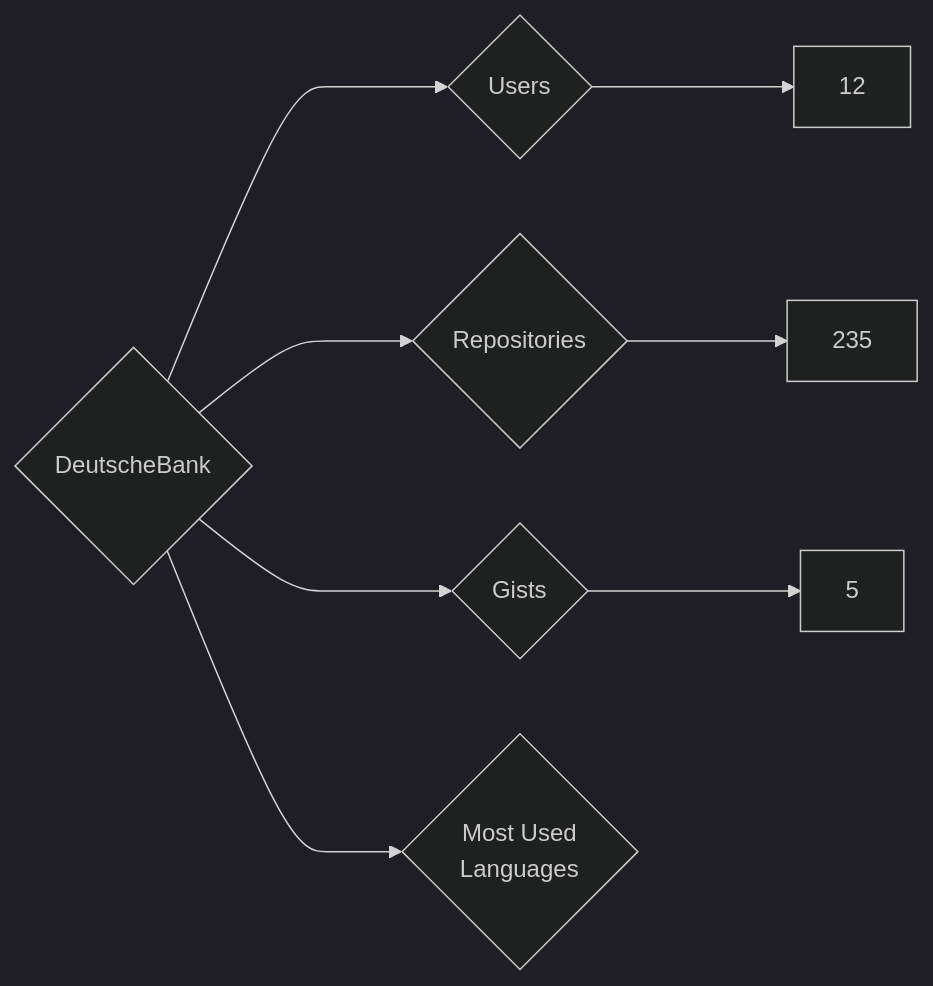
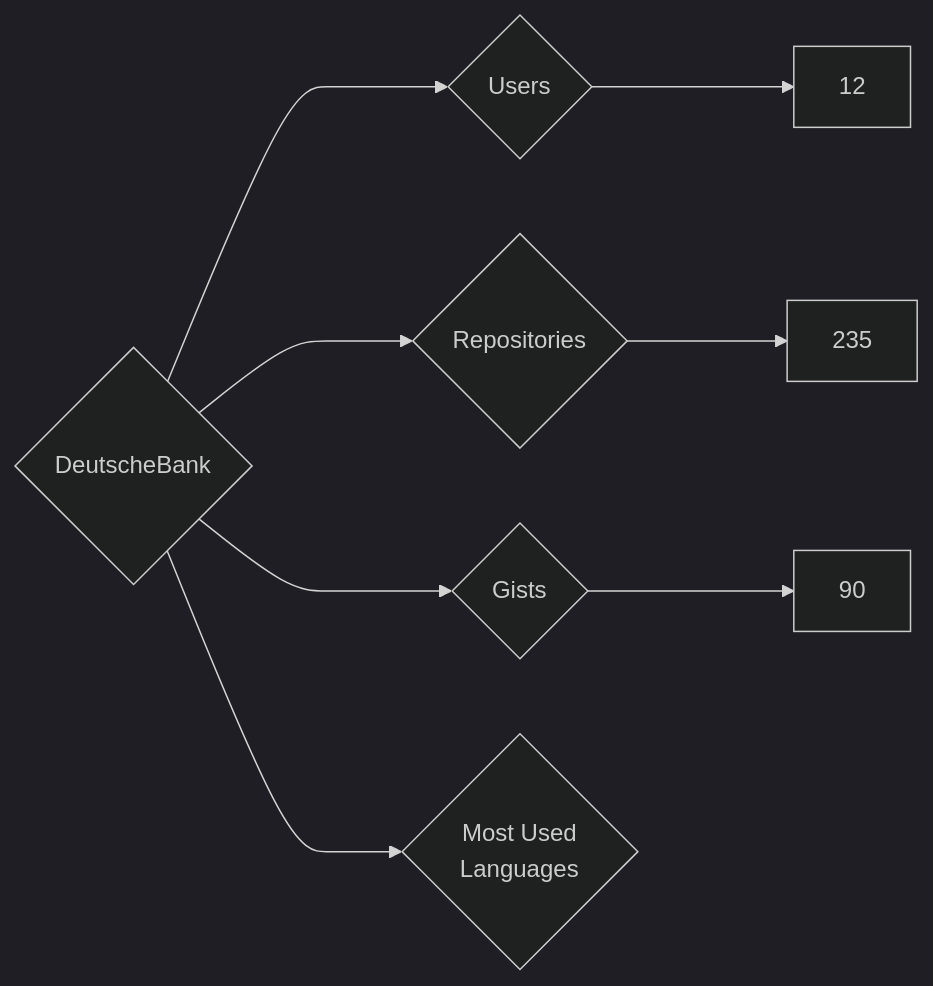
One commit to nenadzaric/insiders changed the diagram in targets/DeutscheBank/README.md. Above: the diagram before and after it, drawn with Mermaid (dark theme). The commit also changed 1342 other files, not shown here.

````diff
--- a/targets/DeutscheBank/README.md
+++ b/targets/DeutscheBank/README.md
@@ -3,8 +3,8 @@
 ```mermaid
 graph LR
 COMPANY_NAME{DeutscheBank}
 COMPANY_NAME ---> U{Users} ---> UN[12]
 COMPANY_NAME ---> R{Repositories} ---> RN[235]
-COMPANY_NAME ---> G{Gists} ---> GN[5]
+COMPANY_NAME ---> G{Gists} ---> GN[90]
 COMPANY_NAME ---> ML{Most Used<br>Languages}
 ```
````
